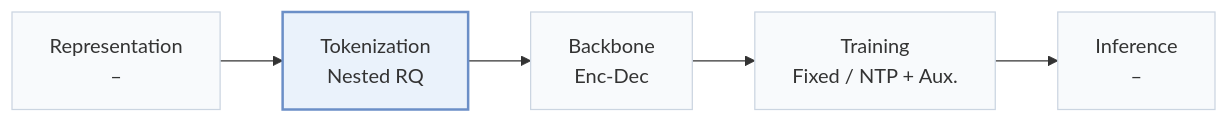
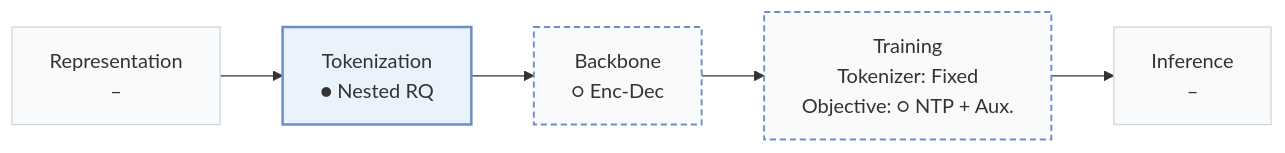
The first of 2 diagrams in pages/papers/holorec.md (Galaxy-ghost/Awesome-SID-Generative-Rec), drawn with Mermaid before and after one commit. The commit also changed other lines of this file and 558 other files, not shown here.

````diff
--- a/pages/papers/holorec.md
+++ b/pages/papers/holorec.md
@@ -15,8 +18,10 @@
 ```mermaid
 flowchart LR
-    R["Representation<br/>–"] --> T["Tokenization<br/>Nested RQ"] --> B["Backbone<br/>Enc-Dec"] --> TR["Training<br/>Fixed / NTP + Aux."] --> I["Inference<br/>–"]
+    R["Representation<br/>–"] --> T["Tokenization<br/>● Nested RQ"] --> B["Backbone<br/>○ Enc-Dec"] --> TR["Training<br/>Tokenizer: Fixed<br/>Objective: ○ NTP + Aux."] --> I["Inference<br/>–"]
     classDef base fill:#f8fafc,stroke:#cbd5e1
     class R,T,B,TR,I base
+    classDef other fill:#f8fafc,stroke:#6b8fc7,stroke-width:1.5px,stroke-dasharray:5 3
+    class B,TR other
     classDef main fill:#eaf2fb,stroke:#6b8fc7,stroke-width:2px
     class T main
 ```
````
